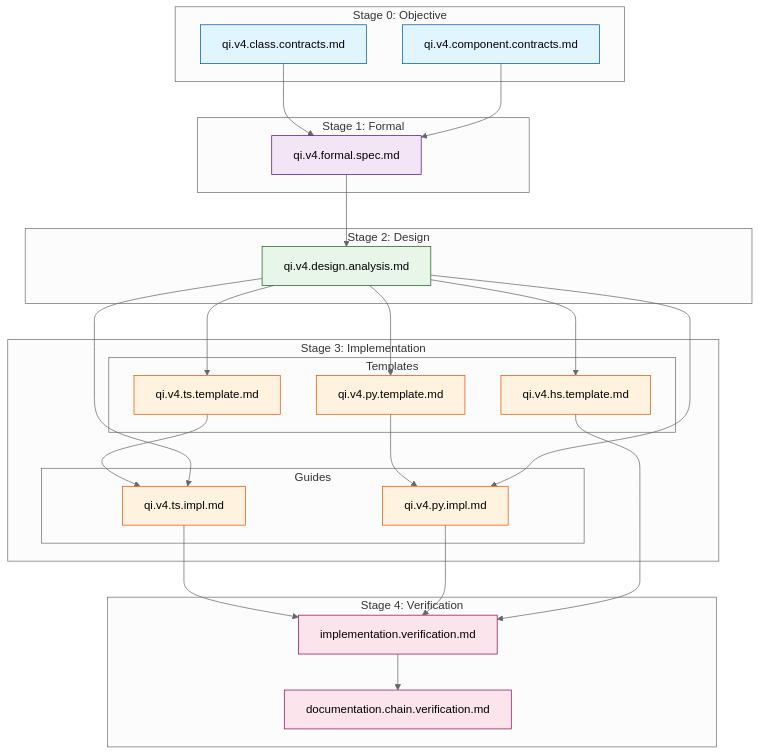
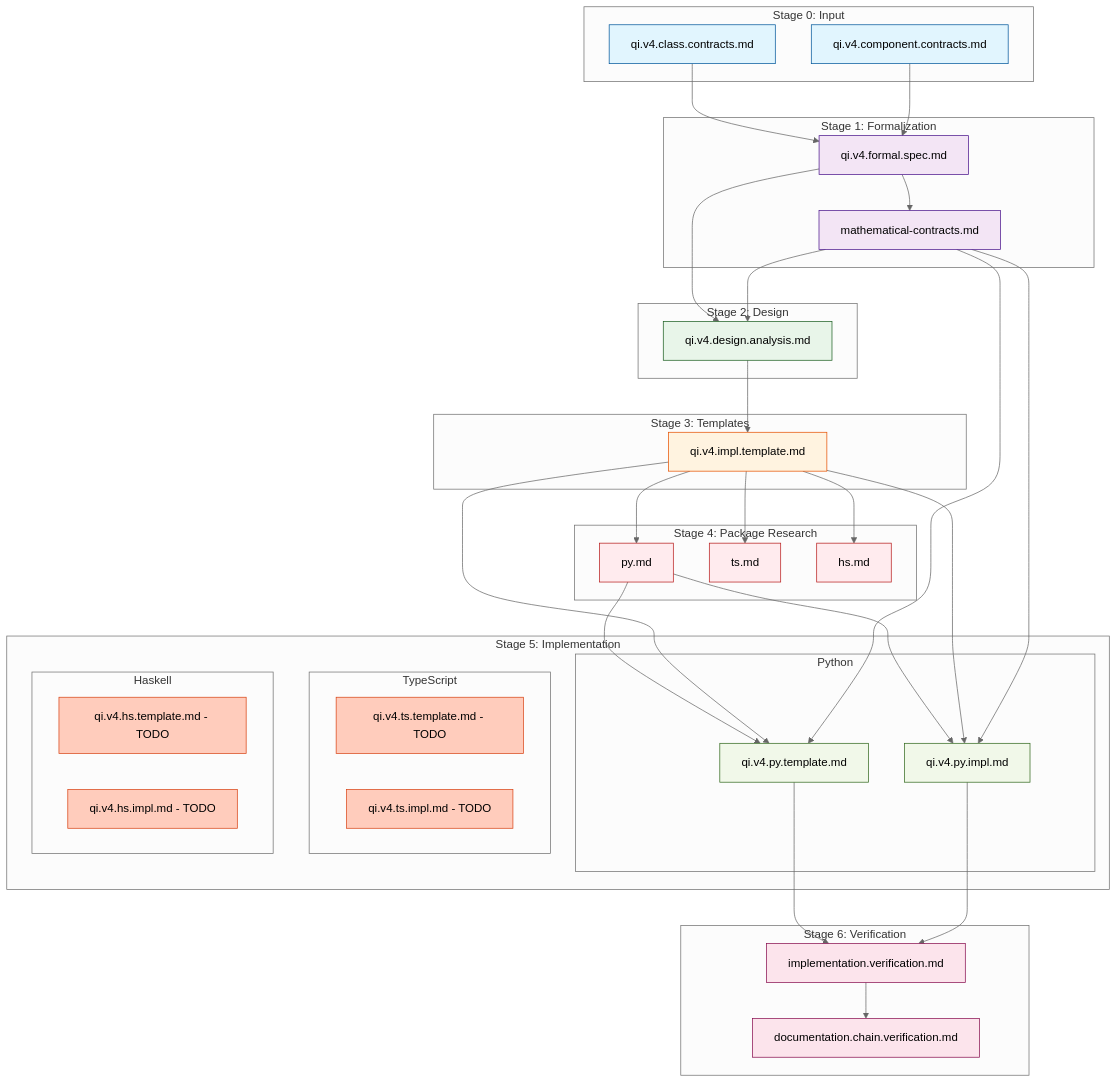
The diagram in docs/build/reports/documentation.chain.verification.md (zhifengzhang-sz/QICORE-V4), drawn with Mermaid (neutral theme) before and after one commit. The commit also changed other lines of this file and 14 other files, not shown here.

First line of the commit message:
Update qicore-v4 submodule: Fix Stage 5 verification and approve source structure (June 26)

````diff
--- a/docs/build/reports/documentation.chain.verification.md
+++ b/docs/build/reports/documentation.chain.verification.md
@@ -144,60 +186,84 @@
 ```mermaid
 graph TD
-    subgraph "Stage 0: Objective"
+    subgraph "Stage 0: Input"
         NL1[qi.v4.class.contracts.md]
         NL2[qi.v4.component.contracts.md]
     end
     
-    subgraph "Stage 1: Formal"
+    subgraph "Stage 1: Formalization"
         F1[qi.v4.formal.spec.md]
+        MC[mathematical-contracts.md]
     end
     
     subgraph "Stage 2: Design"
         D1[qi.v4.design.analysis.md]
     end
     
-    subgraph "Stage 3: Implementation"
-        subgraph "Templates"
-            T1[qi.v4.ts.template.md]
-            T2[qi.v4.py.template.md]
-            T3[qi.v4.hs.template.md]
+    subgraph "Stage 3: Templates"
+        T[qi.v4.impl.template.md]
+    end
+    
+    subgraph "Stage 4: Package Research"
+        P1[py.md]
+        P2[ts.md]
+        P3[hs.md]
+    end
+    
+    subgraph "Stage 5: Implementation"
+        subgraph "Python"
+            PT[qi.v4.py.template.md]
+            PI[qi.v4.py.impl.md]
         end
-        subgraph "Guides"
-            I1[qi.v4.ts.impl.md]
-            I2[qi.v4.py.impl.md]
+        subgraph "TypeScript"
+            TT[qi.v4.ts.template.md - TODO]
+            TI[qi.v4.ts.impl.md - TODO]
+        end
+        subgraph "Haskell"
+            HT[qi.v4.hs.template.md - TODO]
+            HI[qi.v4.hs.impl.md - TODO]
         end
     end
     
-    subgraph "Stage 4: Verification"
+    subgraph "Stage 6: Verification"
         V1[implementation.verification.md]
         V2[documentation.chain.verification.md]
     end
     
     NL1 --> F1
     NL2 --> F1
+    F1 --> MC
     F1 --> D1
-    D1 --> T1
-    D1 --> T2
-    D1 --> T3
-    T1 --> I1
-    T2 --> I2
-    D1 --> I1
-    D1 --> I2
+    MC --> D1
+    D1 --> T
+    T --> P1
+    T --> P2
+    T --> P3
+    P1 --> PT
+    P1 --> PI
+    T --> PT
+    T --> PI
+    MC --> PT
+    MC --> PI
     
-    I1 --> V1
-    I2 --> V1
-    T3 --> V1
+    PT --> V1
+    PI --> V1
     V1 --> V2
     
     classDef stage0 fill:#e1f5fe,stroke:#01579b
     classDef stage1 fill:#f3e5f5,stroke:#4a148c
     classDef stage2 fill:#e8f5e9,stroke:#1b5e20
     classDef stage3 fill:#fff3e0,stroke:#e65100
-    classDef stage4 fill:#fce4ec,stroke:#880e4f
+    classDef stage4 fill:#ffebee,stroke:#b71c1c
+    classDef stage5 fill:#f1f8e9,stroke:#33691e
+    classDef stage6 fill:#fce4ec,stroke:#880e4f
+    classDef todo fill:#ffccbc,stroke:#d84315
     
     class NL1,NL2 stage0
-    class F1 stage1
+    class F1,MC stage1
     class D1 stage2
-    class T1,T2,T3,I1,I2 stage3
-    class V1,V2 stage4
+    class T stage3
+    class P1,P2,P3 stage4
+    class PT,PI stage5
+    class TT,TI,HT,HI todo
+    class V1,V2 stage6
 ```
````
